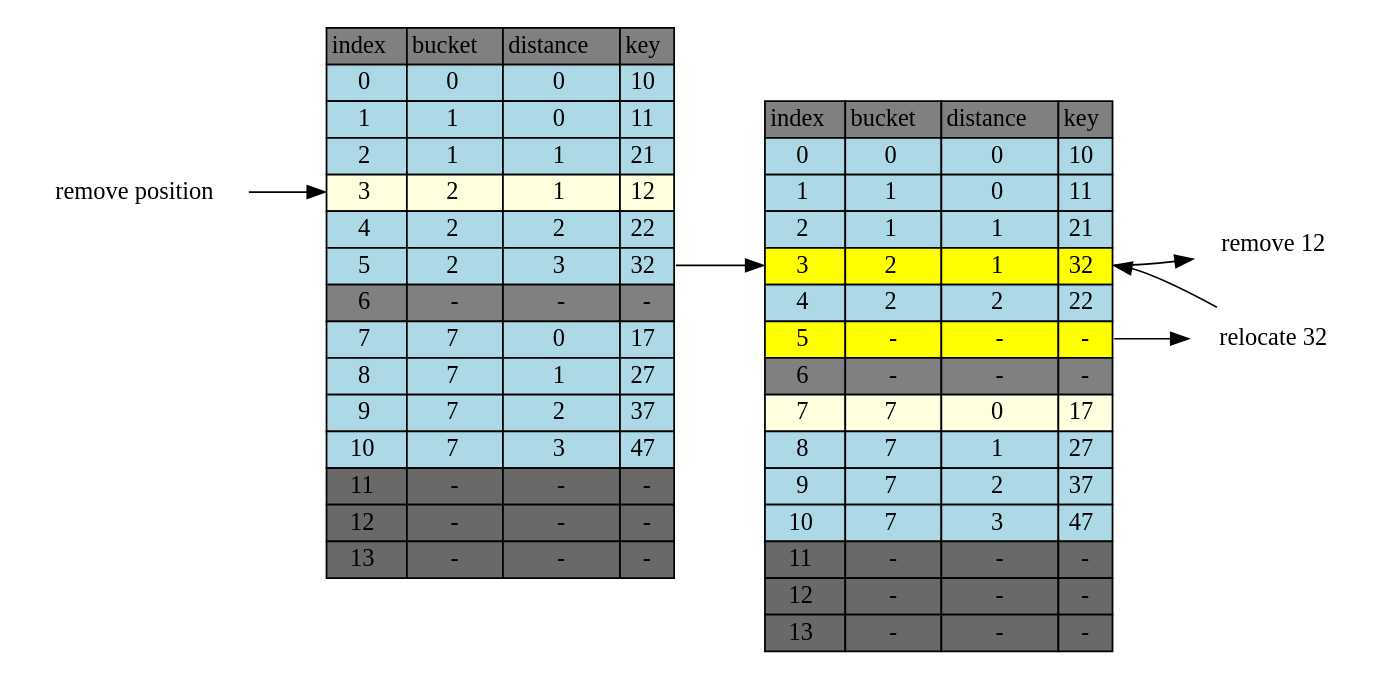
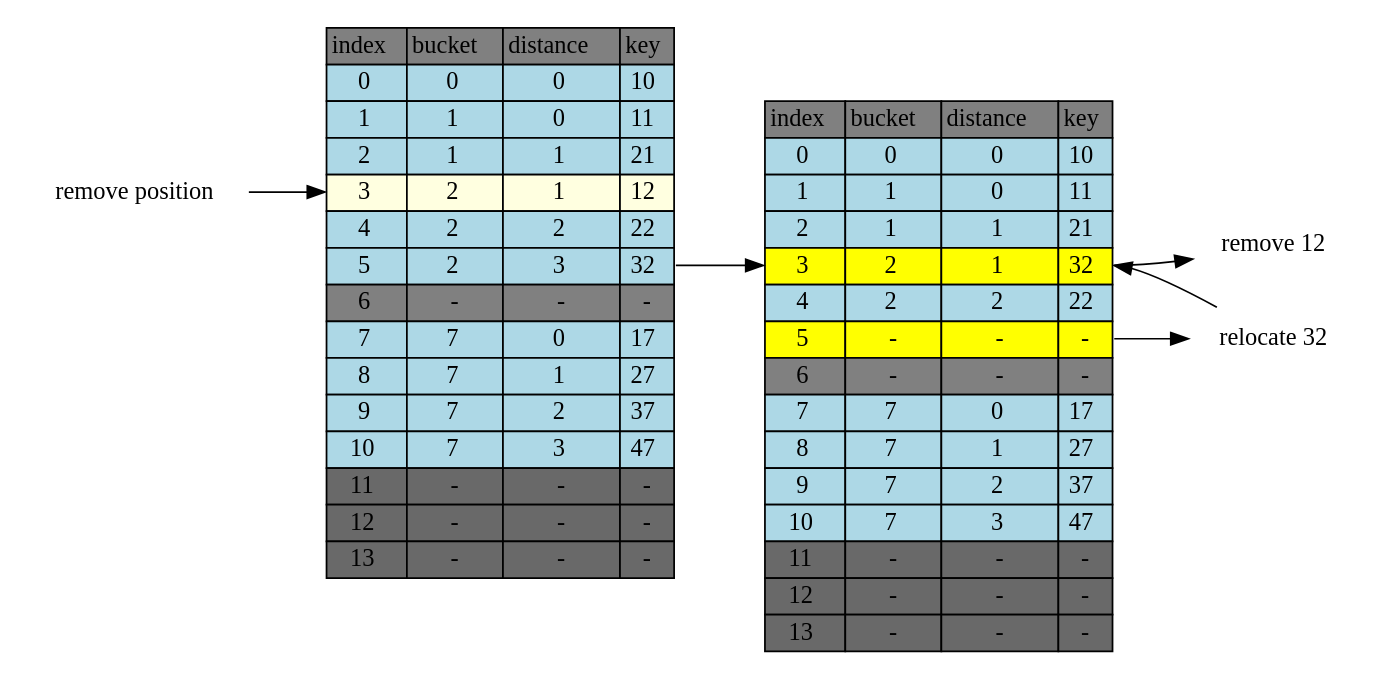
One commit to jasonlue/digest changed the diagram in hashing/cluster-remove-12.dot. Above: the diagram before and after it, drawn with Graphviz. The commit also changed 6 other files, not shown here.

```diff
--- a/hashing/cluster-remove-12.dot
+++ b/hashing/cluster-remove-12.dot
@@ -1,198 +1,198 @@
 digraph table{
     rankdir=LR
     node[shape=plaintext]
 
     table[label=<
         <TABLE BORDER="0" CELLBORDER="1" CELLSPACING="0">
             <TR>
                 <TD BGCOLOR="grey">index</TD>
                 <TD BGCOLOR="grey">bucket</TD>
                 <TD BGCOLOR="grey">distance</TD>
                 <TD BGCOLOR="grey">key</TD>
             </TR>           
             <TR>
                 <TD BGCOLOR="lightblue" PORT="i0">0</TD>
                 <TD BGCOLOR="lightblue">0</TD>
                 <TD BGCOLOR="lightblue">0</TD>
                 <TD BGCOLOR="lightblue" PORT="k0">10</TD>
             </TR>           
             <TR>
                 <TD BGCOLOR="lightblue" PORT="i1">1</TD>
                 <TD BGCOLOR="lightblue">1</TD>
                 <TD BGCOLOR="lightblue">0</TD>
                 <TD BGCOLOR="lightblue" PORT="k1">11</TD>
             </TR>           
             <TR>
                 <TD BGCOLOR="lightblue" PORT="i2">2</TD>
                 <TD BGCOLOR="lightblue">1</TD>
                 <TD BGCOLOR="lightblue">1</TD>
                 <TD BGCOLOR="lightblue" PORT="k2">21</TD>
             </TR>           
             <TR>
                 <TD BGCOLOR="lightyellow" PORT="i3">3</TD>
                 <TD BGCOLOR="lightyellow">2</TD>
                 <TD BGCOLOR="lightyellow">1</TD>
                 <TD BGCOLOR="lightyellow" PORT="k3">12</TD>
             </TR>           
             <TR>
                 <TD BGCOLOR="lightblue" PORT="i4">4</TD>
                 <TD BGCOLOR="lightblue">2</TD>
                 <TD BGCOLOR="lightblue">2</TD>
                 <TD BGCOLOR="lightblue" PORT="k4">22</TD>
             </TR>           
             <TR>
                 <TD BGCOLOR="lightblue" PORT="i5">5</TD>
                 <TD BGCOLOR="lightblue">2</TD>
                 <TD BGCOLOR="lightblue">3</TD>
                 <TD BGCOLOR="lightblue" PORT="k5">32</TD>
             </TR>
             <TR>
                 <TD BGCOLOR="grey" PORT="i6">6</TD>
                 <TD BGCOLOR="grey">-</TD>
                 <TD BGCOLOR="grey">-</TD>
                 <TD BGCOLOR="grey" PORT="k6">-</TD> 
             </TR>           
             <TR>
                 <TD BGCOLOR="lightblue" PORT="i7">7</TD>
                 <TD BGCOLOR="lightblue">7</TD>
                 <TD BGCOLOR="lightblue">0</TD>
                 <TD BGCOLOR="lightblue" PORT="k7">17</TD>
             </TR>           
             <TR>
                 <TD BGCOLOR="lightblue" PORT="i8">8</TD>
                 <TD BGCOLOR="lightblue">7</TD>
                 <TD BGCOLOR="lightblue">1</TD>
                 <TD BGCOLOR="lightblue" PORT="k8">27</TD>
             </TR>           
             <TR>
                 <TD BGCOLOR="lightblue" PORT="i9">9</TD>
                 <TD BGCOLOR="lightblue">7</TD>
                 <TD BGCOLOR="lightblue">2</TD>
                 <TD BGCOLOR="lightblue" PORT="k9">37</TD>
             </TR>           
             <TR>
                 <TD BGCOLOR="lightblue" PORT="i10">10</TD>
                 <TD BGCOLOR="lightblue">7</TD>
                 <TD BGCOLOR="lightblue">3</TD>
                 <TD BGCOLOR="lightblue" PORT="k10">47</TD>
             </TR>           
             <TR>
                 <TD BGCOLOR="dimgrey" PORT="i11">11</TD>
                 <TD BGCOLOR="dimgrey">-</TD>
                 <TD BGCOLOR="dimgrey">-</TD>
                 <TD BGCOLOR="dimgrey" PORT="k11">-</TD>
             </TR>           
             <TR>
                 <TD BGCOLOR="dimgrey" PORT="i12">12</TD>
                 <TD BGCOLOR="dimgrey">-</TD>
                 <TD BGCOLOR="dimgrey">-</TD>
                 <TD BGCOLOR="dimgrey" PORT="k12">-</TD>
             </TR>           
             <TR>
                 <TD BGCOLOR="dimgrey" PORT="i13">13</TD>
                 <TD BGCOLOR="dimgrey">-</TD>
                 <TD BGCOLOR="dimgrey">-</TD>
                 <TD BGCOLOR="dimgrey" PORT="k13">-</TD>
             </TR>           
         </TABLE>
     >]
      table2[label=<
         <TABLE BORDER="0" CELLBORDER="1" CELLSPACING="0">
             <TR>
                 <TD BGCOLOR="grey">index</TD>
                 <TD BGCOLOR="grey">bucket</TD>
                 <TD BGCOLOR="grey">distance</TD>
                 <TD BGCOLOR="grey">key</TD>
             </TR>           
             <TR>
                 <TD BGCOLOR="lightblue" PORT="i0">0</TD>
                 <TD BGCOLOR="lightblue">0</TD>
                 <TD BGCOLOR="lightblue">0</TD>
                 <TD BGCOLOR="lightblue" PORT="k0">10</TD>
             </TR>           
             <TR>
                 <TD BGCOLOR="lightblue" PORT="i1">1</TD>
                 <TD BGCOLOR="lightblue">1</TD>
                 <TD BGCOLOR="lightblue">0</TD>
                 <TD BGCOLOR="lightblue" PORT="k1">11</TD>
             </TR>           
             <TR>
                 <TD BGCOLOR="lightblue" PORT="i2">2</TD>
                 <TD BGCOLOR="lightblue">1</TD>
                 <TD BGCOLOR="lightblue">1</TD>
                 <TD BGCOLOR="lightblue" PORT="k2">21</TD>
             </TR>           
             <TR>
                 <TD BGCOLOR="yellow" PORT="i3">3</TD>
                 <TD BGCOLOR="yellow">2</TD>
                 <TD BGCOLOR="yellow">1</TD>
                 <TD BGCOLOR="yellow" PORT="k3">32</TD>
             </TR>           
             <TR>
                 <TD BGCOLOR="lightblue" PORT="i4">4</TD>
                 <TD BGCOLOR="lightblue">2</TD>
                 <TD BGCOLOR="lightblue">2</TD>
                 <TD BGCOLOR="lightblue" PORT="k4">22</TD>
             </TR>           
             <TR>
                 <TD BGCOLOR="yellow" PORT="i5">5</TD>
                 <TD BGCOLOR="yellow">-</TD>
                 <TD BGCOLOR="yellow">-</TD>
                 <TD BGCOLOR="yellow" PORT="k5">-</TD>
             </TR>
             <TR>
                 <TD BGCOLOR="grey" PORT="i6">6</TD>
                 <TD BGCOLOR="grey">-</TD>
                 <TD BGCOLOR="grey">-</TD>
                 <TD BGCOLOR="grey" PORT="k6">-</TD> 
             </TR>           
             <TR>
-                <TD BGCOLOR="lightyellow" PORT="i7">7</TD>
-                <TD BGCOLOR="lightyellow">7</TD>
-                <TD BGCOLOR="lightyellow">0</TD>
-                <TD BGCOLOR="lightyellow" PORT="k7">17</TD>
+                <TD BGCOLOR="lightblue" PORT="i7">7</TD>
+                <TD BGCOLOR="lightblue">7</TD>
+                <TD BGCOLOR="lightblue">0</TD>
+                <TD BGCOLOR="lightblue" PORT="k7">17</TD>
             </TR>           
             <TR>
                 <TD BGCOLOR="lightblue" PORT="i8">8</TD>
                 <TD BGCOLOR="lightblue">7</TD>
                 <TD BGCOLOR="lightblue">1</TD>
                 <TD BGCOLOR="lightblue" PORT="k8">27</TD>
             </TR>           
             <TR>
                 <TD BGCOLOR="lightblue" PORT="i9">9</TD>
                 <TD BGCOLOR="lightblue">7</TD>
                 <TD BGCOLOR="lightblue">2</TD>
                 <TD BGCOLOR="lightblue" PORT="k9">37</TD>
             </TR>           
             <TR>
                 <TD BGCOLOR="lightblue" PORT="i10">10</TD>
                 <TD BGCOLOR="lightblue">7</TD>
                 <TD BGCOLOR="lightblue">3</TD>
                 <TD BGCOLOR="lightblue" PORT="k10">47</TD>
             </TR>           
             <TR>
                 <TD BGCOLOR="dimgrey" PORT="i11">11</TD>
                 <TD BGCOLOR="dimgrey">-</TD>
                 <TD BGCOLOR="dimgrey">-</TD>
                 <TD BGCOLOR="dimgrey" PORT="k11">-</TD>
             </TR>           
             <TR>
                 <TD BGCOLOR="dimgrey" PORT="i12">12</TD>
                 <TD BGCOLOR="dimgrey">-</TD>
                 <TD BGCOLOR="dimgrey">-</TD>
                 <TD BGCOLOR="dimgrey" PORT="k12">-</TD>
             </TR>           
             <TR>
                 <TD BGCOLOR="dimgrey" PORT="i13">13</TD>
                 <TD BGCOLOR="dimgrey">-</TD>
                 <TD BGCOLOR="dimgrey">-</TD>
                 <TD BGCOLOR="dimgrey" PORT="k13">-</TD>
             </TR>           
         </TABLE>
     >]
 
  "remove position" -> table:i3
  table2:k3->"remove 12"
  table:k5->table2:i3
  table2:k5->"relocate 32"->table2:k3
 }
```
